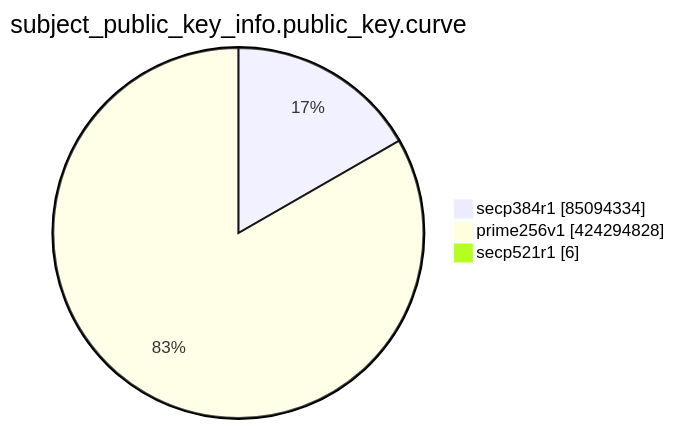
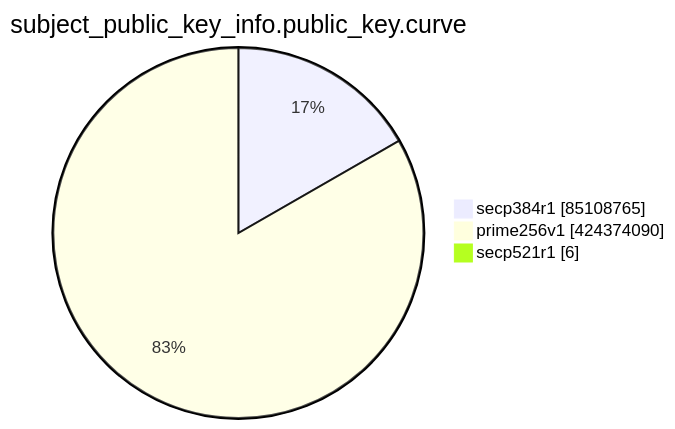
One commit to christiankrug/ctmonitor_visualization changed the eighth of 15 diagrams in TOTAL/README.md. Above: the diagram before and after it, drawn with Mermaid. The commit also changed other lines of this file, not shown here.

````diff
--- a/TOTAL/README.md
+++ b/TOTAL/README.md
@@ -3100,7 +3100,7 @@
 ```mermaid
 pie showData
 title subject_public_key_info.public_key.curve
-"secp384r1" :85094334
-"prime256v1" :424294828
+"secp384r1" :85108765
+"prime256v1" :424374090
 "secp521r1" :6
 ```
````
